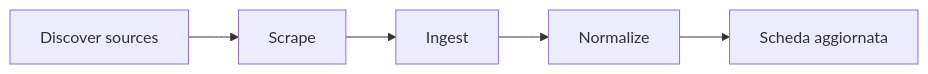
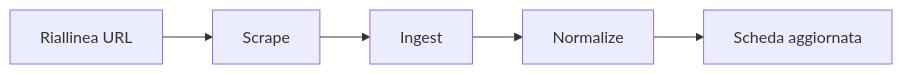
The diagram in admin/sorgenti-dati.mdx (247X-devs/laureasi-docs), drawn with Mermaid before and after one commit. The commit also changed other lines of this file and 4 other files, not shown here.

````diff
--- a/admin/sorgenti-dati.mdx
+++ b/admin/sorgenti-dati.mdx
@@ -39,7 +39,7 @@
 ```mermaid
 flowchart LR
-    A[Discover sources] --> B[Scrape]
+    A[Riallinea URL] --> B[Scrape]
     B --> C[Ingest]
     C --> D[Normalize]
     D --> E[Scheda aggiornata]
 ```
````
